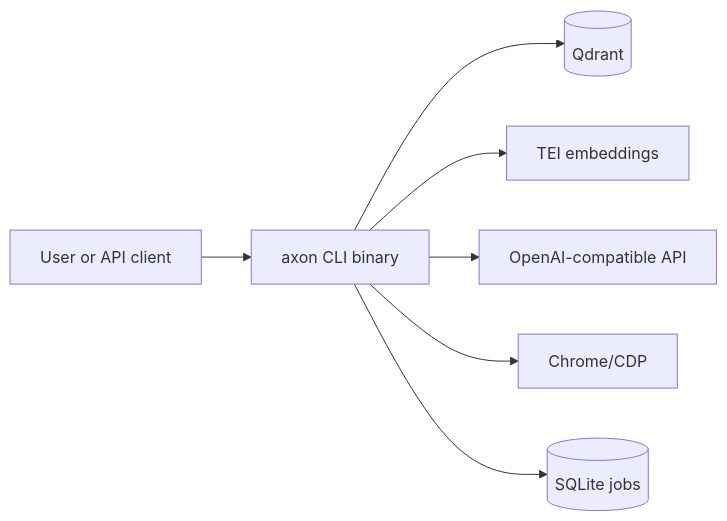
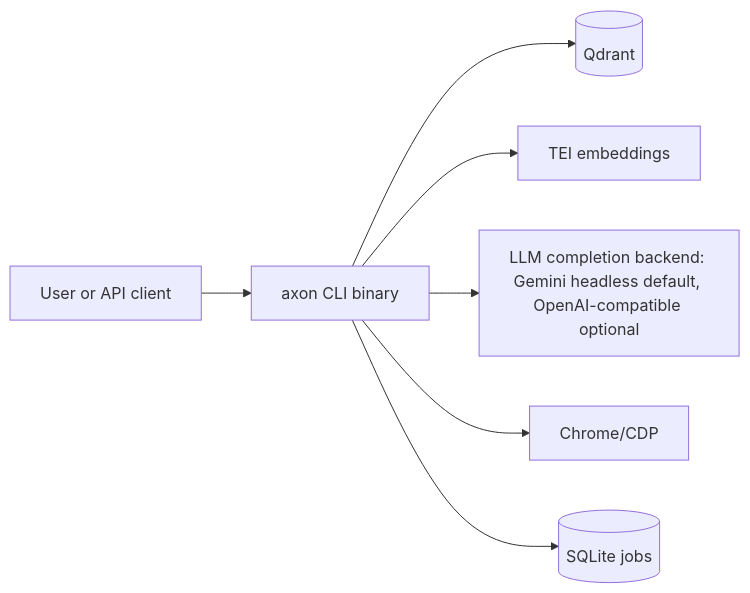
One commit to jmagar/axon changed the first of 8 diagrams in docs/ARCHITECTURE.md. Above: the diagram before and after it, drawn with Mermaid. The commit also changed other lines of this file and 150 other files, not shown here.

````diff
--- a/docs/ARCHITECTURE.md
+++ b/docs/ARCHITECTURE.md
@@ -40,19 +37,19 @@
 ```mermaid
 flowchart LR
   U[User or API client]
   CLI[axon CLI binary]
 
   QD[(Qdrant)]
   TEI[TEI embeddings]
-  LLM[OpenAI-compatible API]
+  LLM[LLM completion backend: Gemini headless default, OpenAI-compatible optional]
   CHR[Chrome/CDP]
   SQ[(SQLite jobs)]
 
   U --> CLI
 
   CLI --> QD
   CLI --> TEI
   CLI --> LLM
   CLI --> CHR
   CLI --> SQ
 ```
````
